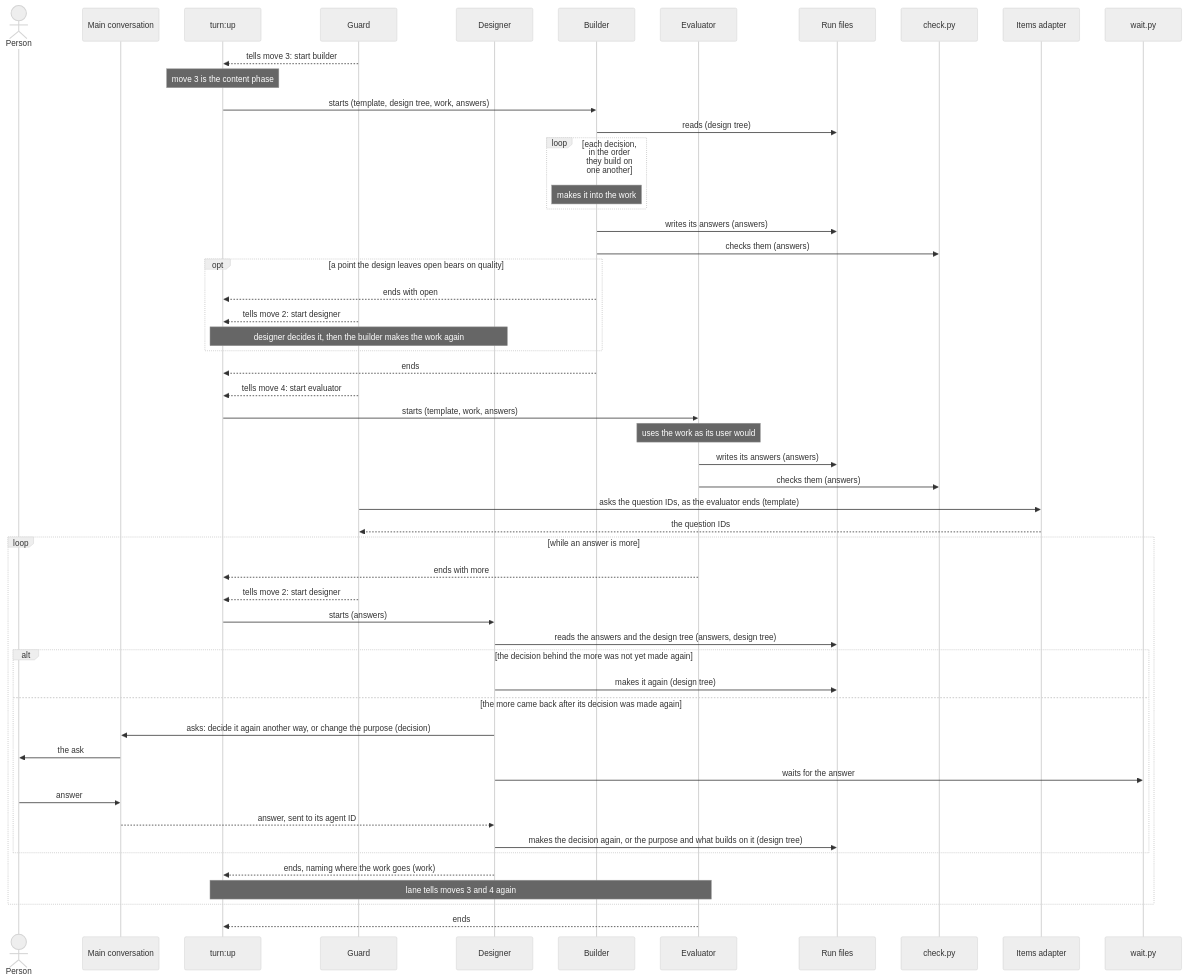
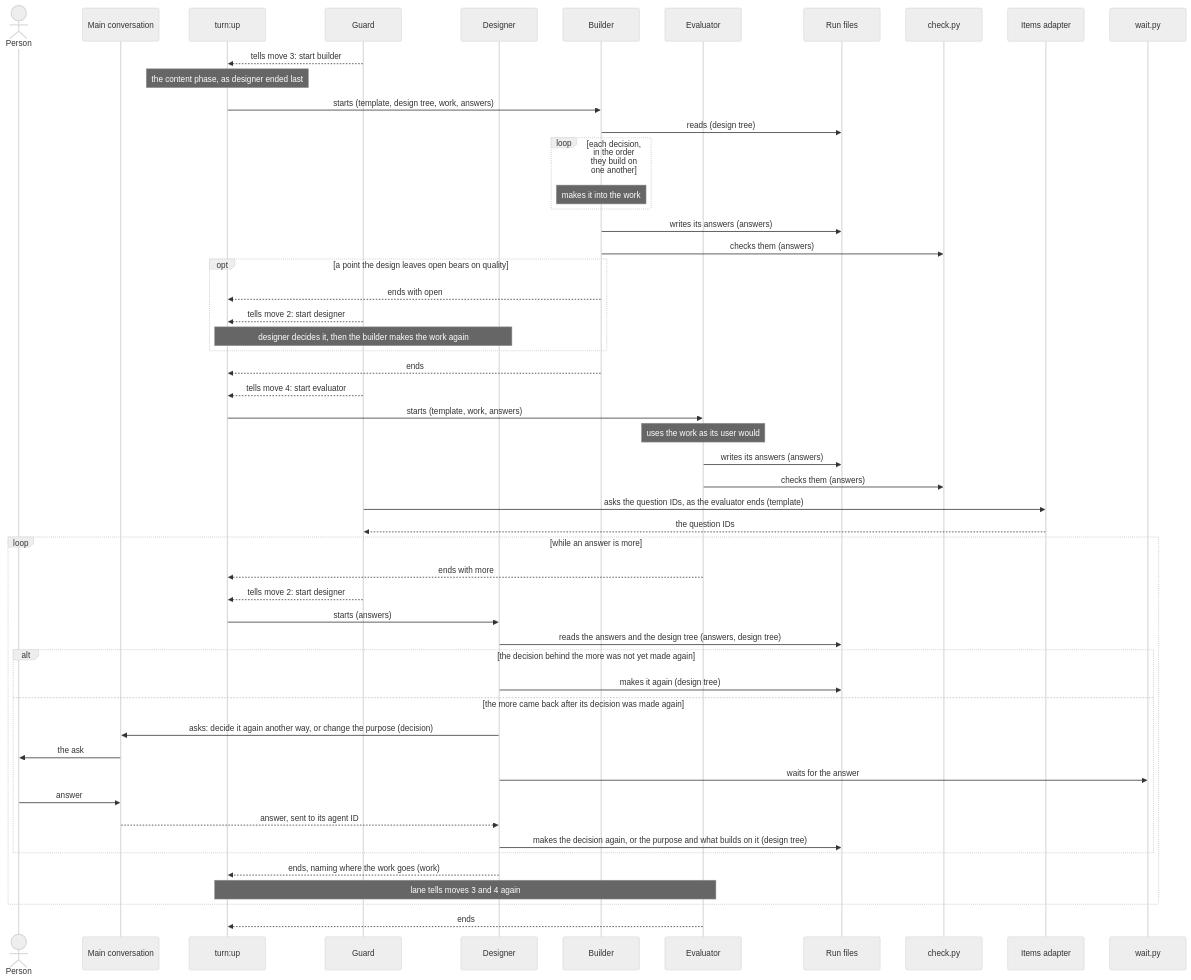
One commit to lovaizu/ccpm changed the fourth of 6 diagrams in dev/turn/architecture.md. Above: the diagram before and after it, drawn with Mermaid (neutral theme). The commit also changed other lines of this file and 1 other file, not shown here.

````diff
--- a/dev/turn/architecture.md
+++ b/dev/turn/architecture.md
@@ -403,55 +408,55 @@
 ```mermaid
 sequenceDiagram
   actor P as Person
   participant M as Main conversation
   participant U as turn:up
   participant G as Guard
   participant D as Designer
   participant B as Builder
   participant E as Evaluator
   participant R as Run files
   participant C as check.py
   participant IA as Items adapter
   participant WT as wait.py
   G-->>U: tells move 3: start builder
-  Note over U: move 3 is the content phase
+  Note over U: the content phase, as designer ended last
   U->>B: starts (template, design tree, work, answers)
   B->>R: reads (design tree)
   loop each decision, in the order they build on one another
     Note over B: makes it into the work
   end
   B->>R: writes its answers (answers)
   B->>C: checks them (answers)
   opt a point the design leaves open bears on quality
     B-->>U: ends with open
     G-->>U: tells move 2: start designer
     Note over U,D: designer decides it, then the builder makes the work again
   end
   B-->>U: ends
   G-->>U: tells move 4: start evaluator
   U->>E: starts (template, work, answers)
   Note over E: uses the work as its user would
   E->>R: writes its answers (answers)
   E->>C: checks them (answers)
   G->>IA: asks the question IDs, as the evaluator ends (template)
   IA-->>G: the question IDs
   loop while an answer is more
     E-->>U: ends with more
     G-->>U: tells move 2: start designer
     U->>D: starts (answers)
     D->>R: reads the answers and the design tree (answers, design tree)
     alt the decision behind the more was not yet made again
       D->>R: makes it again (design tree)
     else the more came back after its decision was made again
       D->>M: asks: decide it again another way, or change the purpose (decision)
       M->>P: the ask
       D->>WT: waits for the answer
       P->>M: answer
       M-->>D: answer, sent to its agent ID
       D->>R: makes the decision again, or the purpose and what builds on it (design tree)
     end
     D-->>U: ends, naming where the work goes (work)
     Note over U,E: lane tells moves 3 and 4 again
   end
   E-->>U: ends
 ```
````
